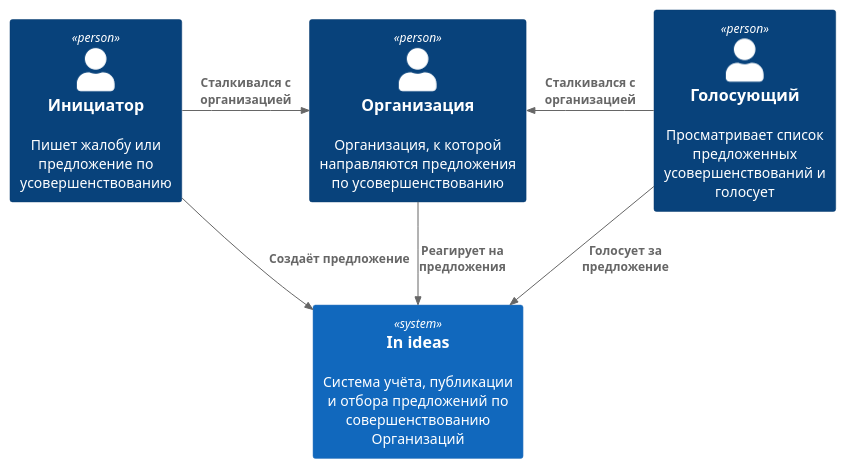
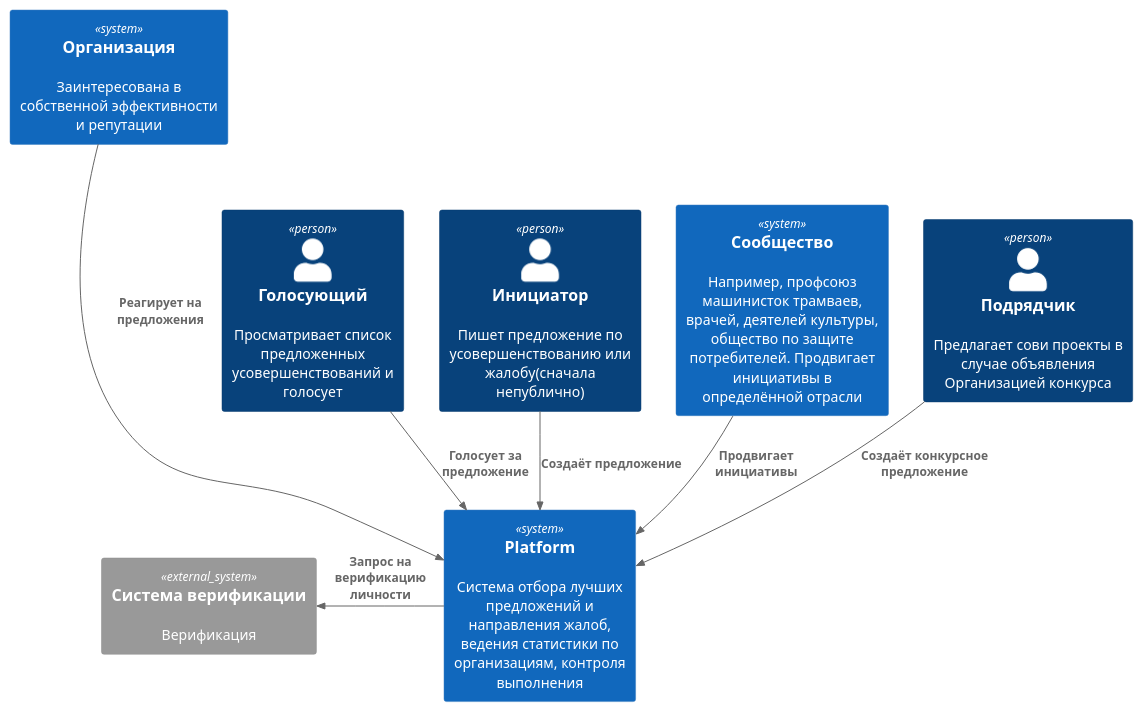
One commit to RozbiyNick/Java-Nix changed the diagram in lesson01/Architecture/architecture.puml. Above: the diagram before and after it, drawn with PlantUML. The commit also changed 6 other files, not shown here.

```diff
--- a/lesson01/Architecture/architecture.puml
+++ b/lesson01/Architecture/architecture.puml
@@ -1,15 +1,21 @@
 @startuml Architecture
 !include https://raw.githubusercontent.com/plantuml-stdlib/C4-PlantUML/master/C4_Container.puml
 
 
-Person(org, "Организация", "Организация, к которой направляются предложения по усовершенствованию")
-Person(initiator, "Инициатор", "Пишет жалобу или предложение по усовершенствованию")
+System(org, "Организация", "Заинтересована в собственной эффективности и репутации")
+Person(initiator, "Инициатор", "Пишет предложение по усовершенствованию или жалобу(сначала непублично)")
 Person(voter, "Голосующий", "Просматривает список предложенных усовершенствований и голосует")
-System(platform, "In ideas", "Система учёта, публикации и отбора предложений по совершенствованию Организаций")
+System(platform, "Platform", "Система отбора лучших предложений и направления жалоб, ведения статистики по организациям, контроля выполнения")
+System(community, "Сообщество", "Например, профсоюз машинисток трамваев, врачей, деятелей культуры, общество по защите потребителей. Продвигает инициативы в определённой отрасли")
+Person(contractor, "Подрядчик", "Предлагает сови проекты в случае объявления Oрганизацией конкурса")
+System_Ext(verification, "Система верификации", "Верификация")
 
-Rel_R(initiator, org, "Сталкивался с организацией")
-Rel_L(voter, org, "Сталкивался с организацией")
-Rel_D(org, platform, "Реагирует на предложения")
+Rel(org, platform, "Реагирует на предложения")
 Rel(initiator, platform, "Создаёт предложение")
+Rel(contractor, platform, "Создаёт конкурсное предложение")
 Rel(voter, platform, "Голосует зa предложение")
+Rel_L(platform, verification, "Запрос на верификацию личности")
+Rel(community, platform, "Продвигает инициативы")
+
+Lay_U(voter, org)
 @enduml
```
